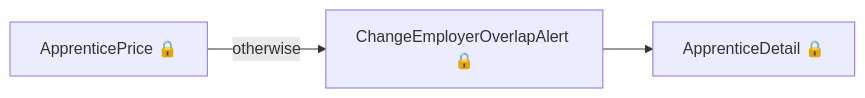
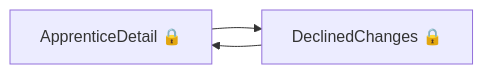
The second of 5 diagrams in das-providercommitments/user-journeys/user-journeys.md (talentconsulting/atlas-dfe), drawn with Mermaid before and after one commit. The commit also changed other lines of this file and 22 other files, not shown here.

````diff
--- a/das-providercommitments/user-journeys/user-journeys.md
+++ b/das-providercommitments/user-journeys/user-journeys.md
@@ -77,5 +19,5 @@
 ```mermaid
 flowchart LR
-  p0["ApprenticePrice 🔒"] -->|"otherwise"| p1["ChangeEmployerOverlapAlert 🔒"]
-  p1["ChangeEmployerOverlapAlert 🔒"] --> p2["ApprenticeDetail 🔒"]
+  p0["ApprenticeDetail 🔒"] --> p1["DeclinedChanges 🔒"]
+  p1["DeclinedChanges 🔒"] --> p0["ApprenticeDetail 🔒"]
 ```
````
